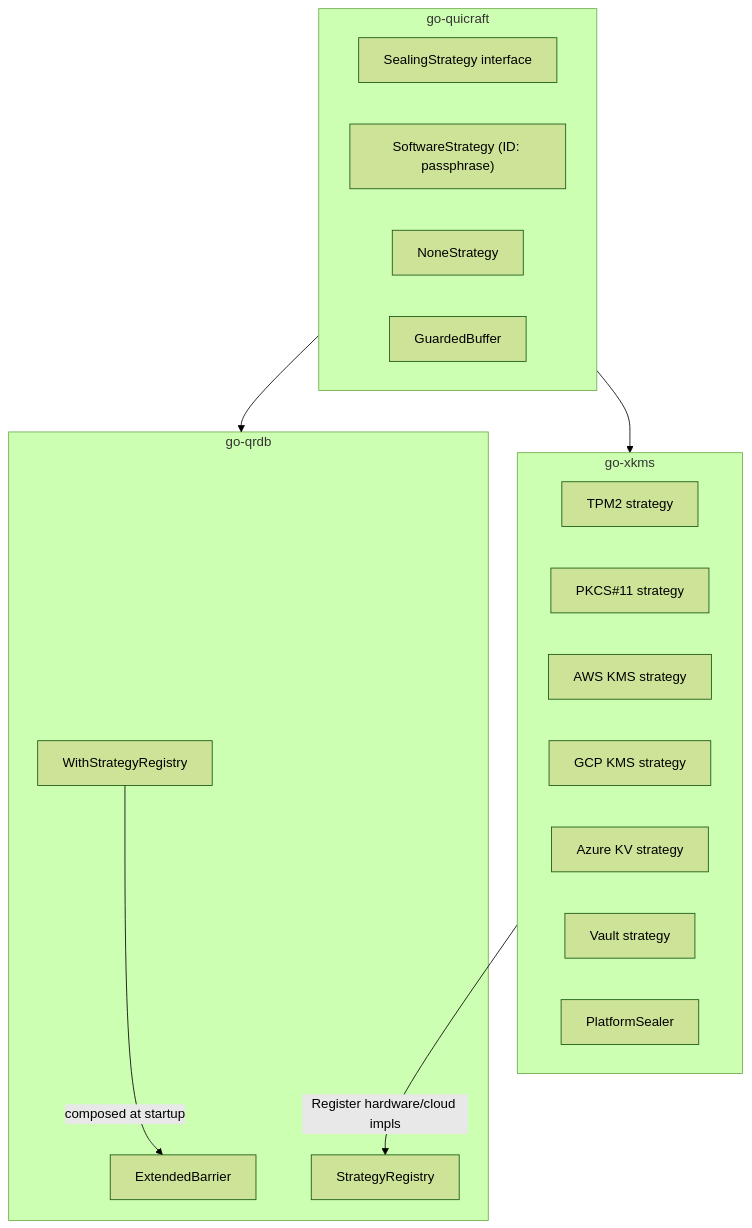
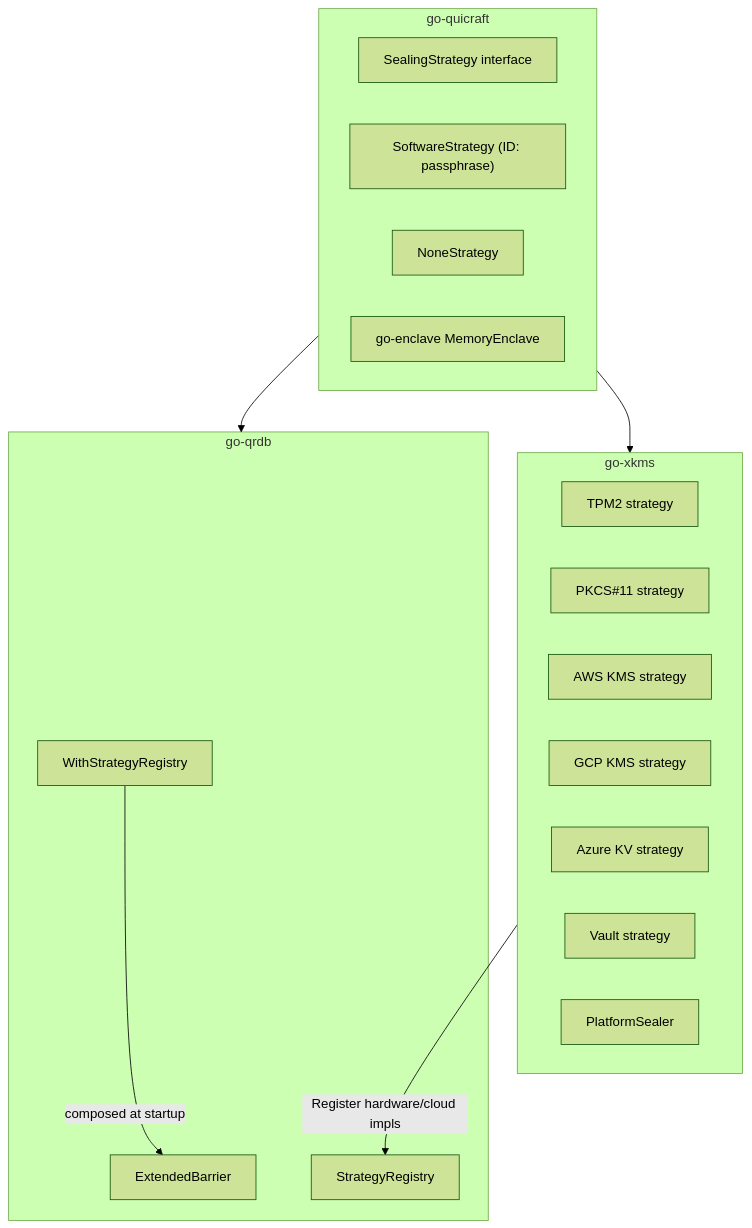
Before and after one commit to jeremyhahn/go-xkms: the diagram in docs/seal/README.md, drawn with Mermaid (forest theme). The commit also changed other lines of this file and 36 other files, not shown here.

Commit message:
security(crypto): retire pkg/crypto/mem's GuardedBuffer for go-enclave (#623) (#672)

````diff
--- a/docs/seal/README.md
+++ b/docs/seal/README.md
@@ -108,27 +108,27 @@
 ```mermaid
 flowchart TB
     subgraph QR[go-quicraft]
         I[SealingStrategy interface]
         SW["SoftwareStrategy (ID: passphrase)"]
         NO[NoneStrategy]
-        GB[GuardedBuffer]
+        ME[go-enclave MemoryEnclave]
     end
     subgraph QD[go-qrdb]
         EB[ExtendedBarrier]
         SR[StrategyRegistry]
         OPT[WithStrategyRegistry]
     end
     subgraph XK[go-xkms]
         T[TPM2 strategy]
         P[PKCS#11 strategy]
         A[AWS KMS strategy]
         G[GCP KMS strategy]
         Z[Azure KV strategy]
         V[Vault strategy]
         PS[PlatformSealer]
     end
     QR --> QD
     QR --> XK
     XK -->|Register hardware/cloud impls| SR
     OPT -->|composed at startup| EB
 ```
````
